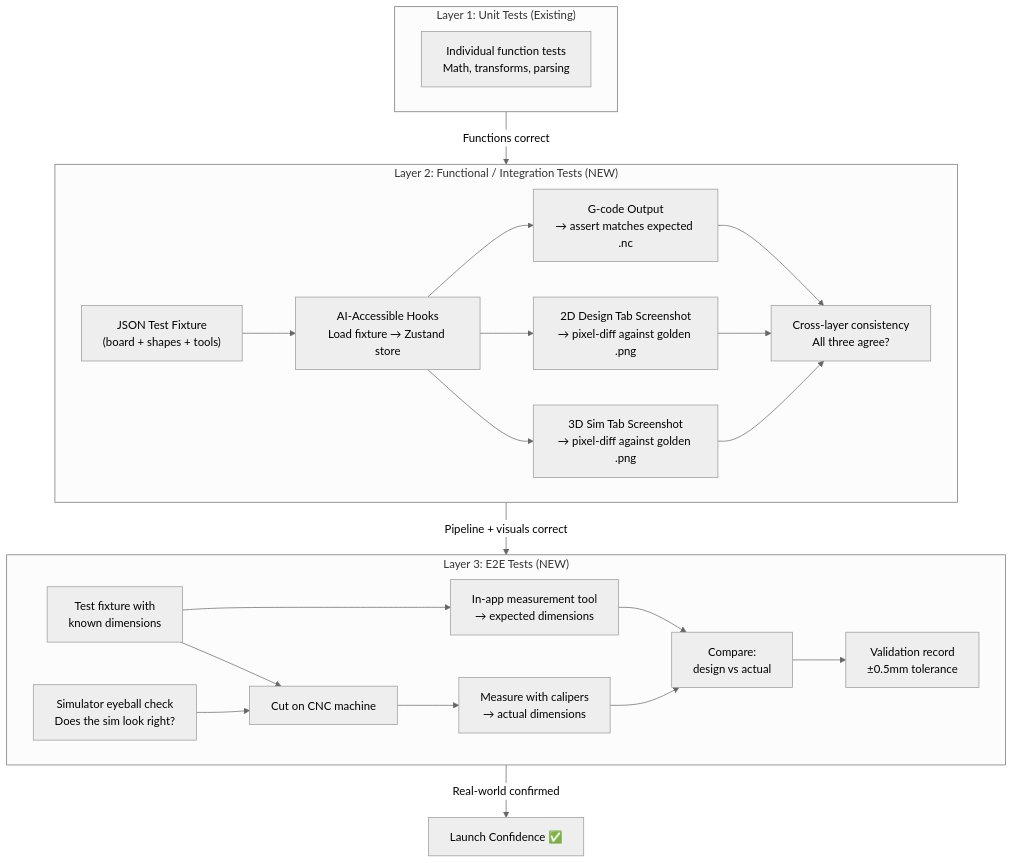
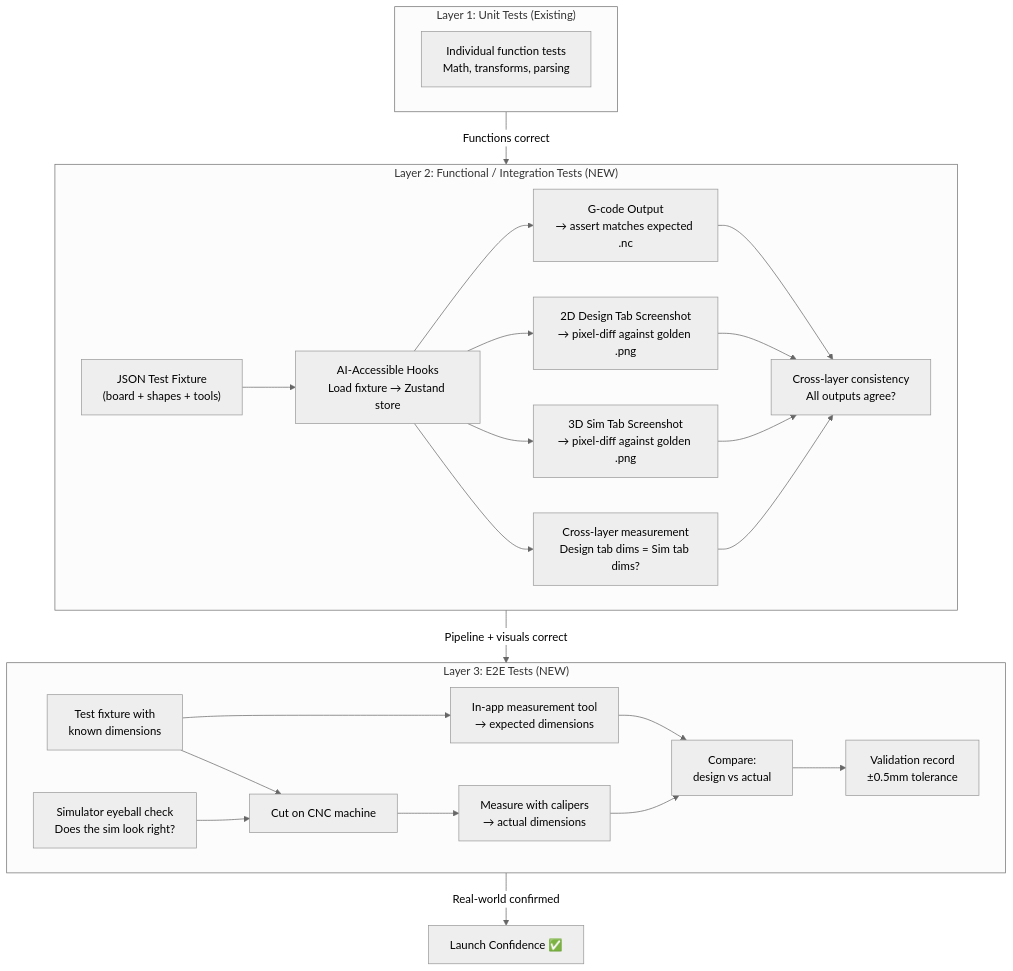
One commit to danhannah94/csdlc-docs changed the first of 8 diagrams in docs/projects/routr/epics/validation.md. Above: the diagram before and after it, drawn with Mermaid (neutral theme). The commit also changed other lines of this file, not shown here.

Commit message:
docs: validation epic - refinement pass 4 (quality gates, protagonist/antagonist, cross-layer measurement, integration test strategy, MCP separate pkg, Fusion 360 UX)

````diff
--- a/docs/projects/routr/epics/validation.md
+++ b/docs/projects/routr/epics/validation.md
@@ -98,33 +103,35 @@
 ```mermaid
 graph TD
     subgraph L1["Layer 1: Unit Tests (Existing)"]
         UT["Individual function tests<br/>Math, transforms, parsing"]
     end
 
     subgraph L2["Layer 2: Functional / Integration Tests (NEW)"]
         JSON["JSON Test Fixture<br/>(board + shapes + tools)"]
         JSON --> HOOKS["AI-Accessible Hooks<br/>Load fixture → Zustand store"]
         HOOKS --> GCODE["G-code Output<br/>→ assert matches expected .nc"]
         HOOKS --> CANVAS2D["2D Design Tab Screenshot<br/>→ pixel-diff against golden .png"]
         HOOKS --> SIM3D["3D Sim Tab Screenshot<br/>→ pixel-diff against golden .png"]
-        GCODE --> CROSS["Cross-layer consistency<br/>All three agree?"]
+        HOOKS --> MEASURE_CROSS["Cross-layer measurement<br/>Design tab dims = Sim tab dims?"]
+        GCODE --> CROSS["Cross-layer consistency<br/>All outputs agree?"]
         CANVAS2D --> CROSS
         SIM3D --> CROSS
+        MEASURE_CROSS --> CROSS
     end
 
     subgraph L3["Layer 3: E2E Tests (NEW)"]
         FIXTURE["Test fixture with<br/>known dimensions"]
         FIXTURE --> MEASURE_APP["In-app measurement tool<br/>→ expected dimensions"]
         FIXTURE --> CUT["Cut on CNC machine"]
         CUT --> MEASURE_REAL["Measure with calipers<br/>→ actual dimensions"]
         MEASURE_APP --> COMPARE["Compare:<br/>design vs actual"]
         MEASURE_REAL --> COMPARE
         COMPARE --> RECORD["Validation record<br/>±0.5mm tolerance"]
         EYEBALL["Simulator eyeball check<br/>Does the sim look right?"]
         EYEBALL --> CUT
     end
 
     L1 --> |"Functions correct"| L2
     L2 --> |"Pipeline + visuals correct"| L3
     L3 --> |"Real-world confirmed"| LAUNCH["Launch Confidence ✅"]
 ```
````
